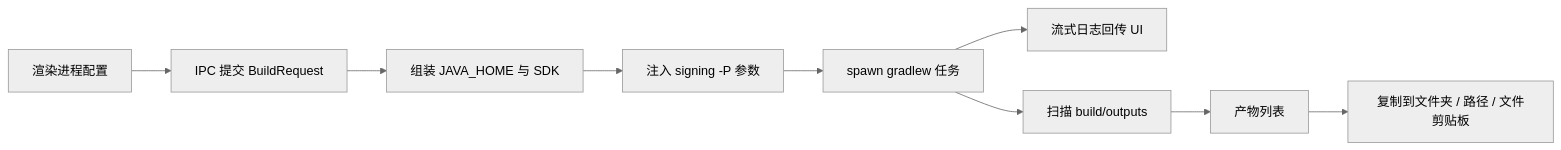
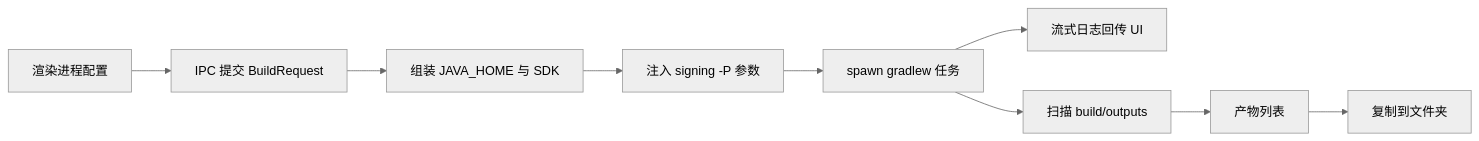
Before and after one commit to CongDuang/PackForge: the diagram in docs/PRD.md, drawn with Mermaid (neutral theme). The commit also changed other lines of this file and 24 other files, not shown here.

````diff
--- a/docs/PRD.md
+++ b/docs/PRD.md
@@ -172,11 +173,11 @@
 ```mermaid
 flowchart LR
   UI[渲染进程配置] --> IPC[IPC 提交 BuildRequest]
   IPC --> Env[组装 JAVA_HOME 与 SDK]
   Env --> Sign[注入 signing -P 参数]
   Sign --> Gradlew[spawn gradlew 任务]
   Gradlew --> Log[流式日志回传 UI]
   Gradlew --> Scan[扫描 build/outputs]
   Scan --> Artifacts[产物列表]
-  Artifacts --> Share[复制到文件夹 / 路径 / 文件剪贴板]
+  Artifacts --> Share[复制到文件夹]
 ```
````
